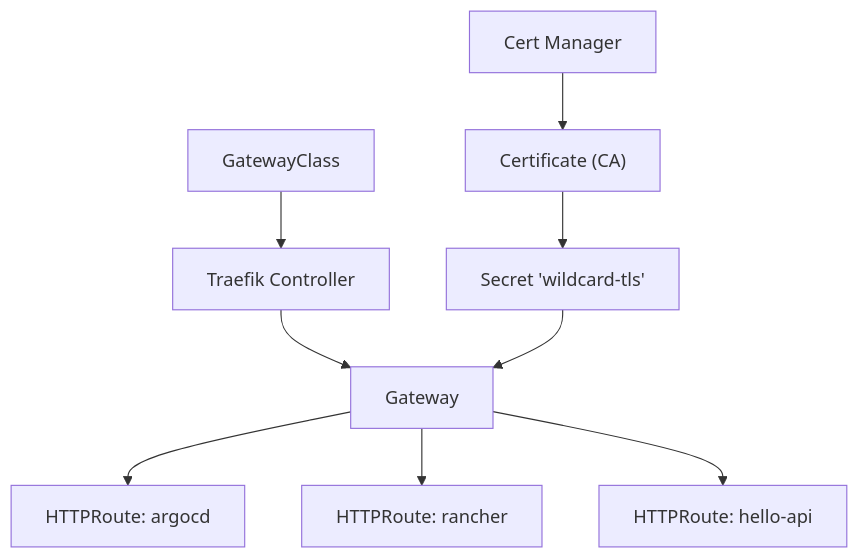
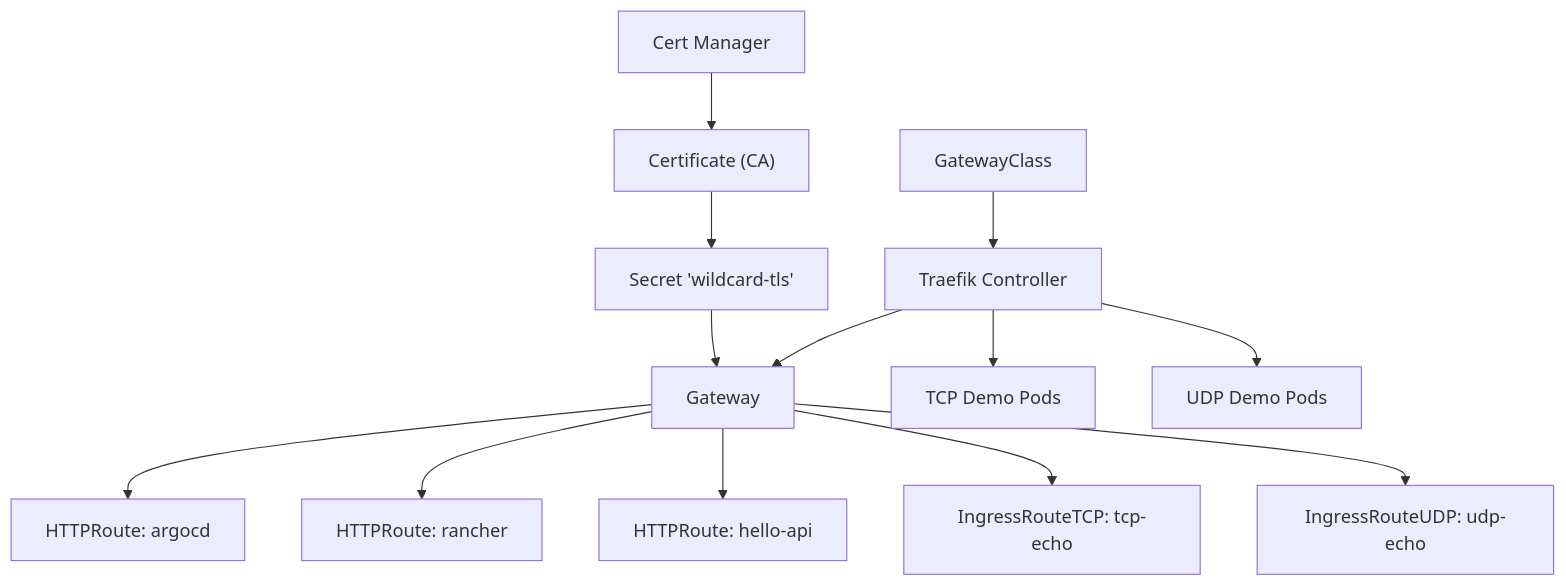
One commit to Hoangvu75/k8s_manifest changed the eighth of 8 diagrams in .qoder/repowiki/en/content/Advanced Topics/Advanced Networking Configurations.md. Above: the diagram before and after it, drawn with Mermaid. The commit also changed other lines of this file and 7 other files, not shown here.

First line of the commit message:
fix: add Traefik CRDs (IngressRouteTCP, IngressRouteUDP, etc.)

````diff
--- a/.qoder/repowiki/en/content/Advanced Topics/Advanced Networking Configurations.md
+++ b/.qoder/repowiki/en/content/Advanced Topics/Advanced Networking Configurations.md
@@ -314,11 +479,15 @@
 ```mermaid
 graph TD
 GC["GatewayClass"] --> CTRL["Traefik Controller"]
 CTRL --> GW["Gateway"]
 GW --> HR1["HTTPRoute: argocd"]
 GW --> HR2["HTTPRoute: rancher"]
 GW --> HR3["HTTPRoute: hello-api"]
+GW --> ITCPTCP["IngressRouteTCP: tcp-echo"]
+GW --> IUDP["IngressRouteUDP: udp-echo"]
 CM["Cert Manager"] --> CERT["Certificate (CA)"]
 CERT --> SECRET["Secret 'wildcard-tls'"]
 SECRET --> GW
+CTRL --> TCPDEMO["TCP Demo Pods"]
+CTRL --> UDPDEMO["UDP Demo Pods"]
 ```
````
